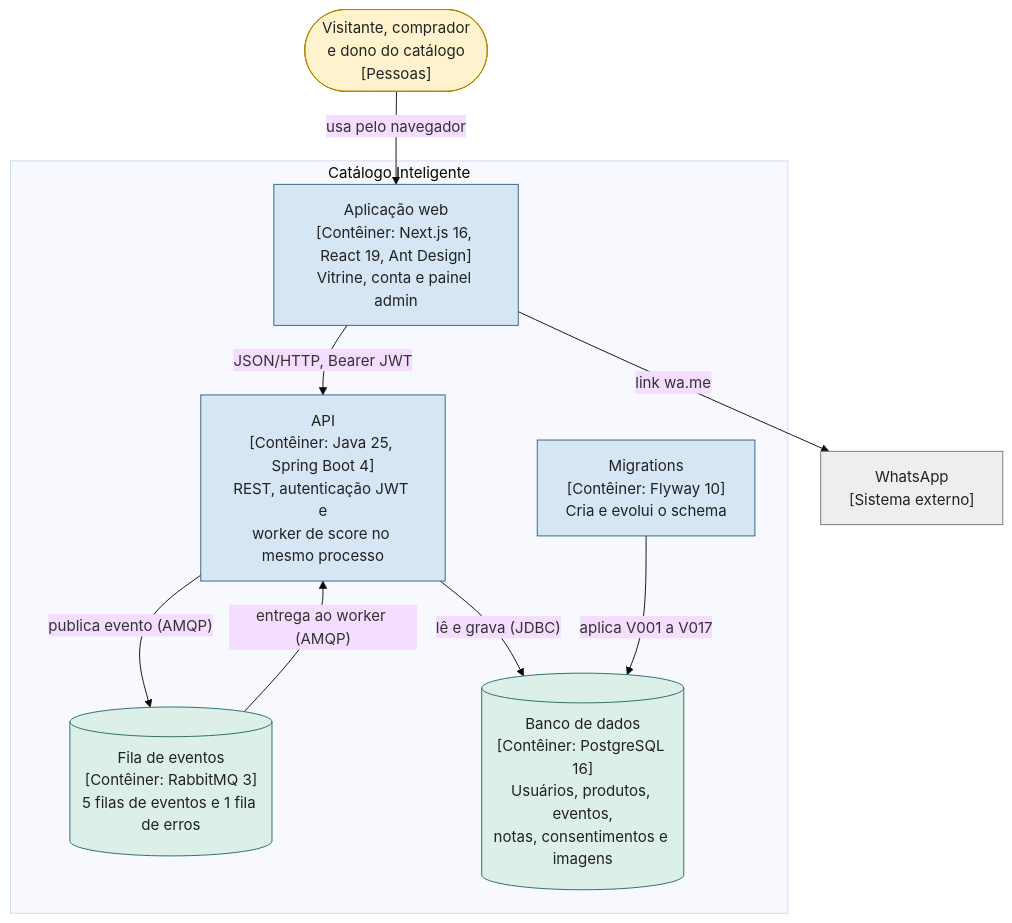
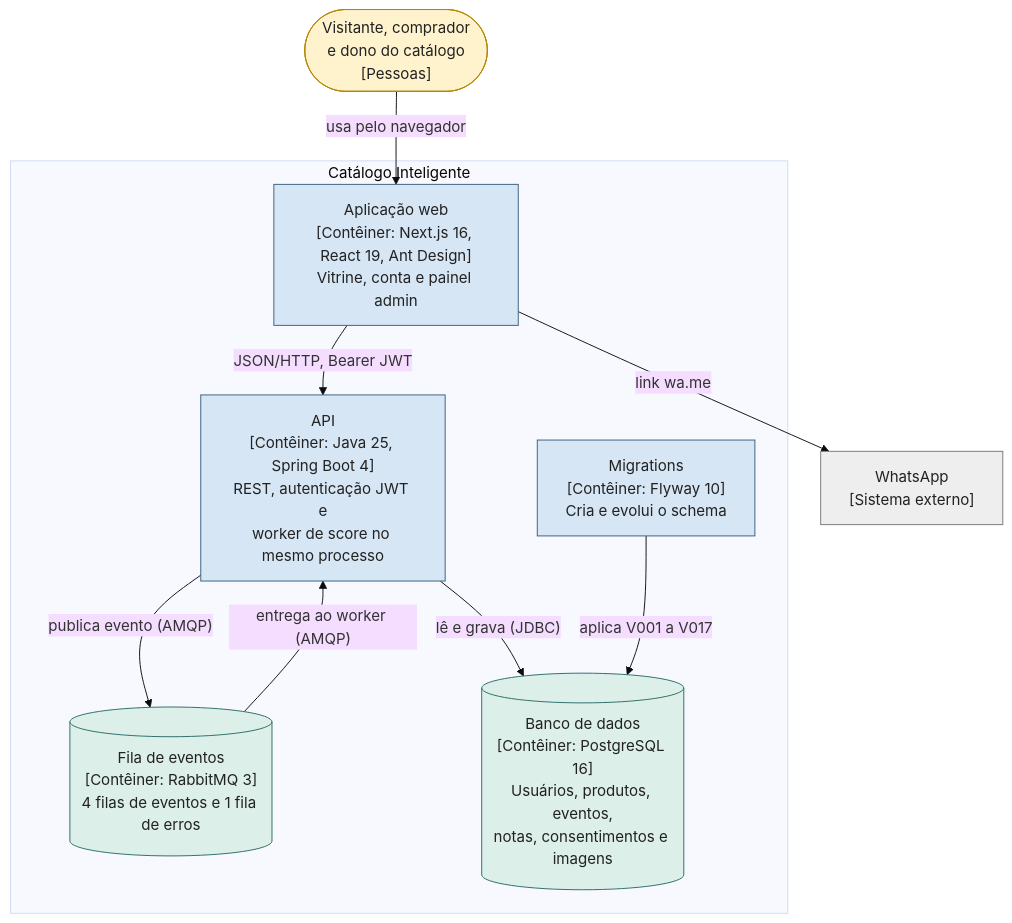
One commit to ALenckulh/Catalogo-Inteligente changed the second of 5 diagrams in docs/05-ARQUITETURA.md. Above: the diagram before and after it, drawn with Mermaid (base theme). The commit also changed other lines of this file and 199 other files, not shown here.

````diff
--- a/docs/05-ARQUITETURA.md
+++ b/docs/05-ARQUITETURA.md
@@ -48,27 +48,27 @@
 ```mermaid
 flowchart TB
     pessoas(["Visitante, comprador<br/>e dono do catálogo<br/>[Pessoas]"]):::pessoa
 
     subgraph catalogo["Catálogo Inteligente"]
         web["Aplicação web<br/>[Contêiner: Next.js 16, React 19, Ant Design]<br/>Vitrine, conta e painel admin"]:::sistema
         api["API<br/>[Contêiner: Java 25, Spring Boot 4]<br/>REST, autenticação JWT e<br/>worker de score no mesmo processo"]:::sistema
-        fila[("Fila de eventos<br/>[Contêiner: RabbitMQ 3]<br/>5 filas de eventos e 1 fila de erros")]:::dados
+        fila[("Fila de eventos<br/>[Contêiner: RabbitMQ 3]<br/>4 filas de eventos e 1 fila de erros")]:::dados
         banco[("Banco de dados<br/>[Contêiner: PostgreSQL 16]<br/>Usuários, produtos, eventos,<br/>notas, consentimentos e imagens")]:::dados
         flyway["Migrations<br/>[Contêiner: Flyway 10]<br/>Cria e evolui o schema"]:::sistema
     end
 
     whatsapp["WhatsApp<br/>[Sistema externo]"]:::externo
 
     pessoas -->|"usa pelo navegador"| web
     web -->|"JSON/HTTP, Bearer JWT"| api
     api -->|"publica evento (AMQP)"| fila
     fila -->|"entrega ao worker (AMQP)"| api
     api -->|"lê e grava (JDBC)"| banco
     flyway -->|"aplica V001 a V017"| banco
     web -->|"link wa.me"| whatsapp
 
     classDef pessoa fill:#fff3cd,stroke:#b38600,color:#222
     classDef sistema fill:#d6e6f5,stroke:#345f7f,color:#222
     classDef dados fill:#dcefe9,stroke:#286b64,color:#222
     classDef externo fill:#eeeeee,stroke:#777777,color:#222
 ```
````
